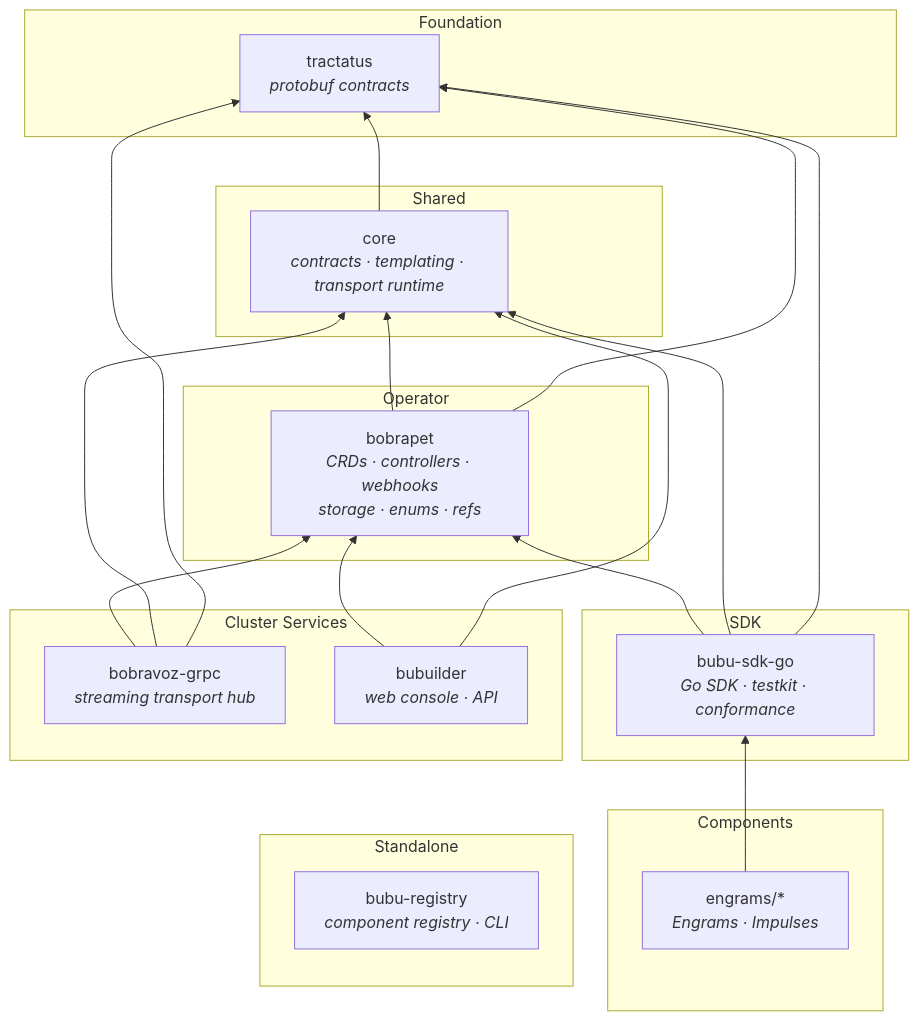
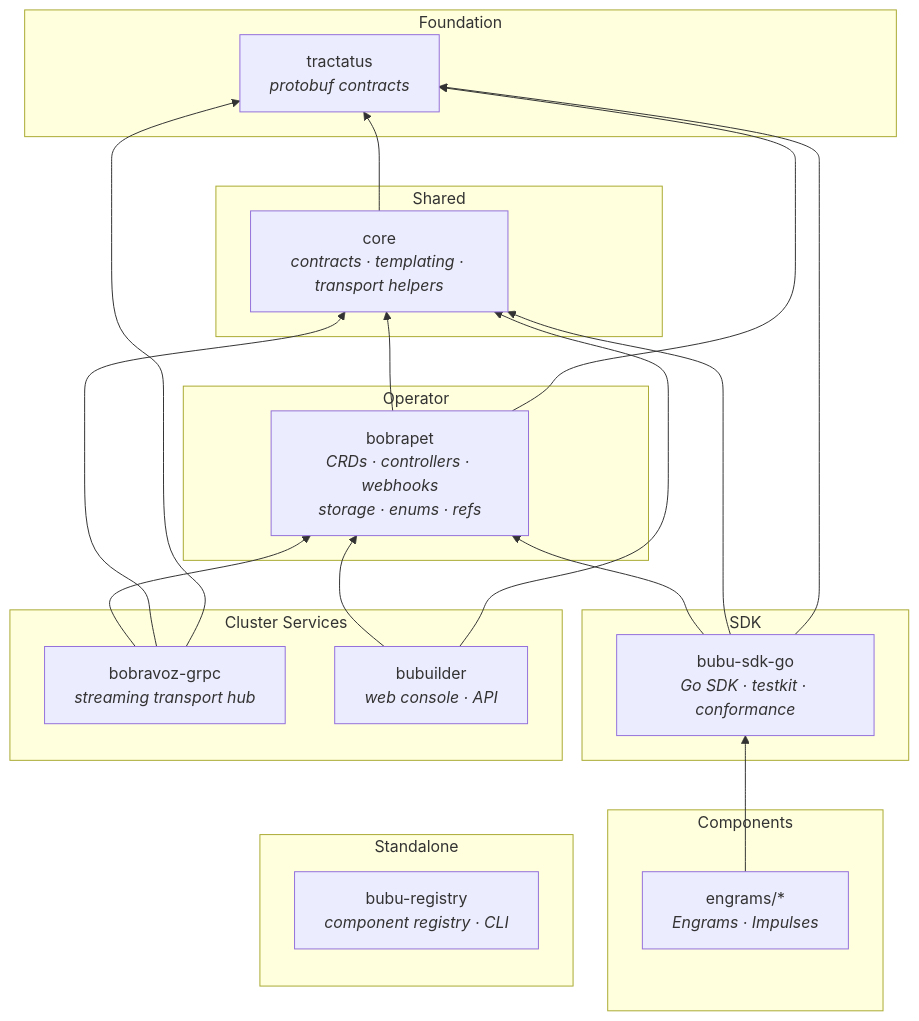
Before and after one commit to bubustack/website: the first of 3 diagrams in docs/overview/architecture.md, drawn with Mermaid. The commit also changed other lines of this file and 42 other files, not shown here.

````diff
--- a/docs/overview/architecture.md
+++ b/docs/overview/architecture.md
@@ -68,44 +68,44 @@
 ```mermaid
 graph BT
     subgraph Foundation
         tractatus["tractatus<br/><i>protobuf contracts</i>"]
     end
 
     subgraph Shared
-        core["core<br/><i>contracts · templating · transport runtime</i>"]
+        core["core<br/><i>contracts · templating · transport helpers</i>"]
     end
 
     subgraph Operator
         bobrapet["bobrapet<br/><i>CRDs · controllers · webhooks<br/>storage · enums · refs</i>"]
     end
 
     subgraph SDK
         sdk["bubu-sdk-go<br/><i>Go SDK · testkit · conformance</i>"]
     end
 
     subgraph Cluster Services
         bobravoz["bobravoz-grpc<br/><i>streaming transport hub</i>"]
         bubuilder["bubuilder<br/><i>web console · API</i>"]
     end
 
     subgraph Components
         engrams["engrams/*<br/><i>Engrams · Impulses</i>"]
     end
 
     subgraph Standalone
         registry["bubu-registry<br/><i>component registry · CLI</i>"]
     end
 
     core --> tractatus
     bobrapet --> core
     bobrapet --> tractatus
     sdk --> bobrapet
     sdk --> core
     sdk --> tractatus
     bobravoz --> bobrapet
     bobravoz --> core
     bobravoz --> tractatus
     bubuilder --> bobrapet
     bubuilder --> core
     engrams --> sdk
 ```
````
